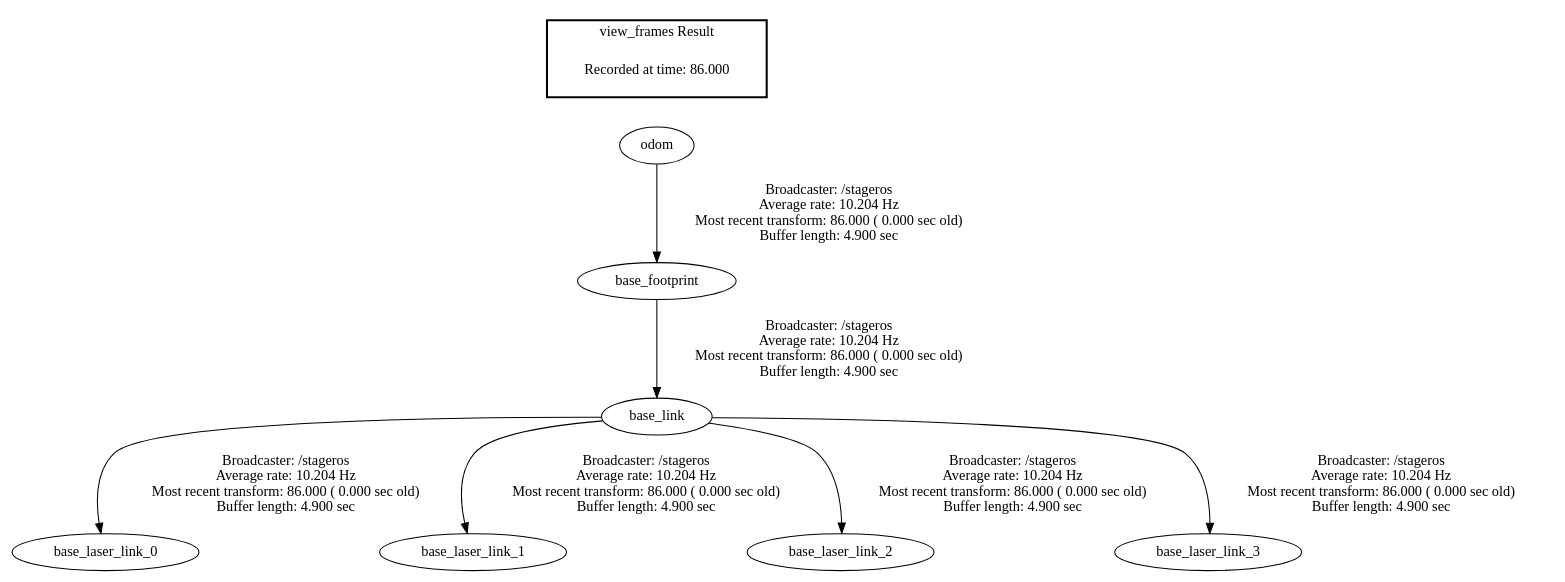
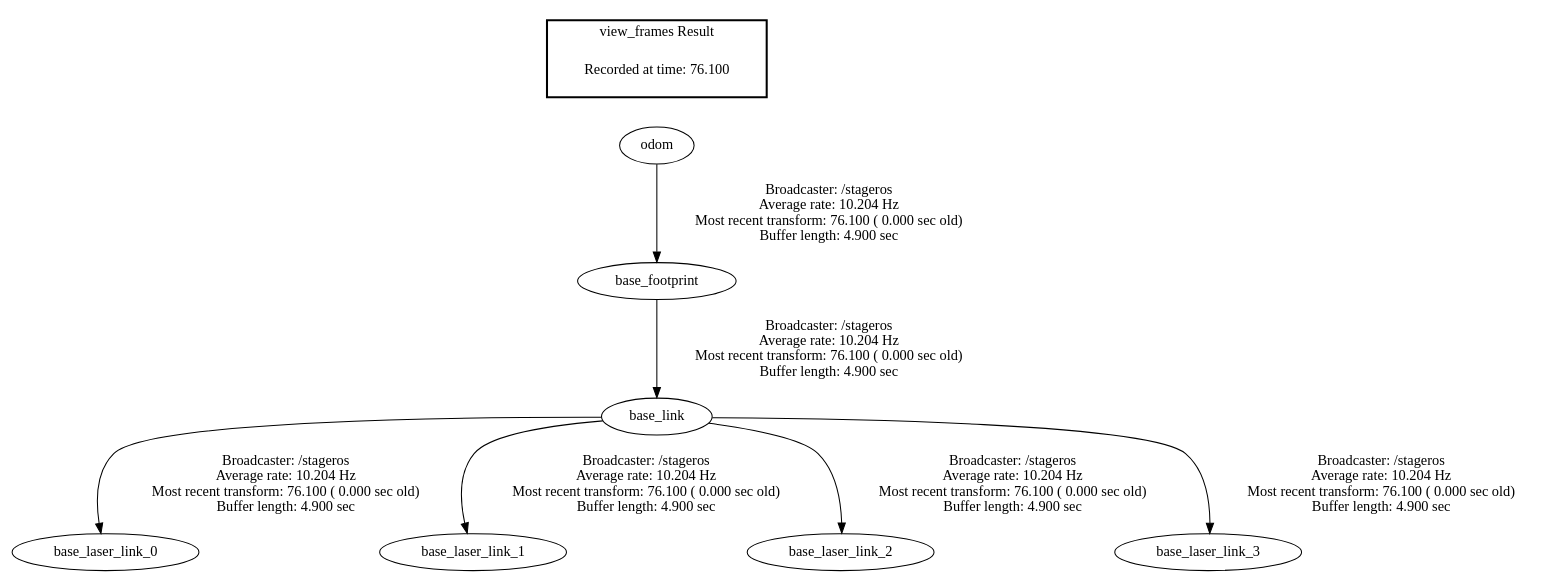
Before and after one commit to zeynelerenkinali/ros_maze_solver: the diagram in frames.gv, drawn with Graphviz. The commit also changed 218 other files, not shown here.

```diff
--- a/frames.gv
+++ b/frames.gv
@@ -1,12 +1,12 @@
 digraph G {
-"base_link" -> "base_laser_link_0"[label="Broadcaster: /stageros\nAverage rate: 10.204 Hz\nMost recent transform: 86.000 ( 0.000 sec old)\nBuffer length: 4.900 sec\n"];
-"base_footprint" -> "base_link"[label="Broadcaster: /stageros\nAverage rate: 10.204 Hz\nMost recent transform: 86.000 ( 0.000 sec old)\nBuffer length: 4.900 sec\n"];
-"base_link" -> "base_laser_link_1"[label="Broadcaster: /stageros\nAverage rate: 10.204 Hz\nMost recent transform: 86.000 ( 0.000 sec old)\nBuffer length: 4.900 sec\n"];
-"base_link" -> "base_laser_link_2"[label="Broadcaster: /stageros\nAverage rate: 10.204 Hz\nMost recent transform: 86.000 ( 0.000 sec old)\nBuffer length: 4.900 sec\n"];
-"base_link" -> "base_laser_link_3"[label="Broadcaster: /stageros\nAverage rate: 10.204 Hz\nMost recent transform: 86.000 ( 0.000 sec old)\nBuffer length: 4.900 sec\n"];
-"odom" -> "base_footprint"[label="Broadcaster: /stageros\nAverage rate: 10.204 Hz\nMost recent transform: 86.000 ( 0.000 sec old)\nBuffer length: 4.900 sec\n"];
+"base_link" -> "base_laser_link_0"[label="Broadcaster: /stageros\nAverage rate: 10.204 Hz\nMost recent transform: 76.100 ( 0.000 sec old)\nBuffer length: 4.900 sec\n"];
+"base_footprint" -> "base_link"[label="Broadcaster: /stageros\nAverage rate: 10.204 Hz\nMost recent transform: 76.100 ( 0.000 sec old)\nBuffer length: 4.900 sec\n"];
+"base_link" -> "base_laser_link_1"[label="Broadcaster: /stageros\nAverage rate: 10.204 Hz\nMost recent transform: 76.100 ( 0.000 sec old)\nBuffer length: 4.900 sec\n"];
+"base_link" -> "base_laser_link_2"[label="Broadcaster: /stageros\nAverage rate: 10.204 Hz\nMost recent transform: 76.100 ( 0.000 sec old)\nBuffer length: 4.900 sec\n"];
+"base_link" -> "base_laser_link_3"[label="Broadcaster: /stageros\nAverage rate: 10.204 Hz\nMost recent transform: 76.100 ( 0.000 sec old)\nBuffer length: 4.900 sec\n"];
+"odom" -> "base_footprint"[label="Broadcaster: /stageros\nAverage rate: 10.204 Hz\nMost recent transform: 76.100 ( 0.000 sec old)\nBuffer length: 4.900 sec\n"];
 edge [style=invis];
  subgraph cluster_legend { style=bold; color=black; label ="view_frames Result";
-"Recorded at time: 86.000"[ shape=plaintext ] ;
+"Recorded at time: 76.100"[ shape=plaintext ] ;
  }->"odom";
 }
```
